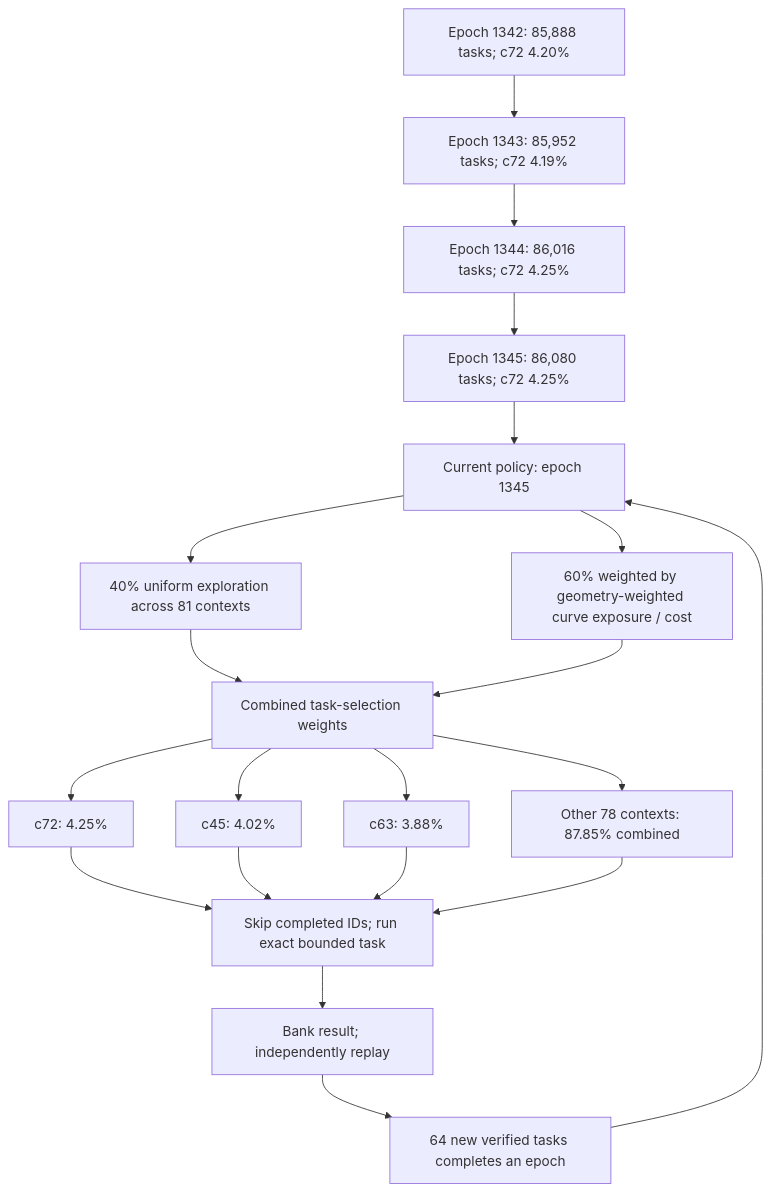
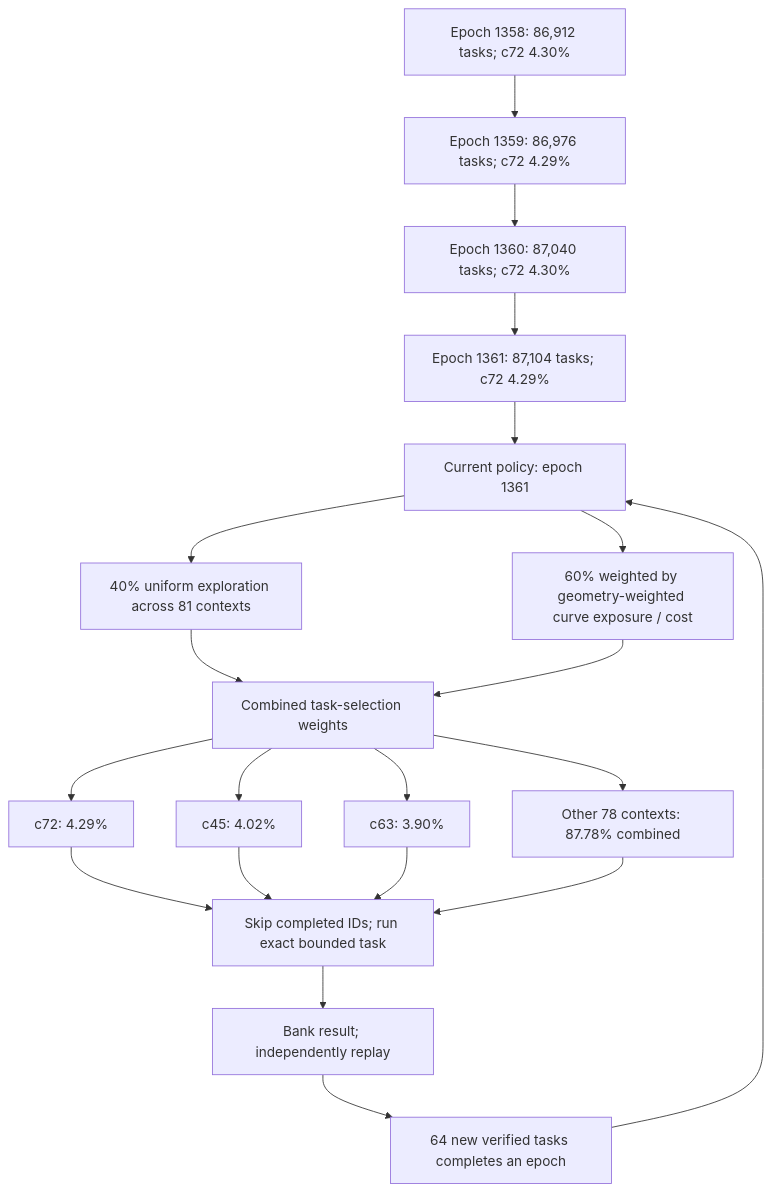
One commit to Kuberwastaken/math-gambling changed the first of 3 diagrams in README.md. Above: the diagram before and after it, drawn with Mermaid. The commit also changed other lines of this file and 2150 other files, not shown here.

````diff
--- a/README.md
+++ b/README.md
@@ -56,27 +56,27 @@
 ```mermaid
 flowchart TD
-    H0["Epoch 1342: 85,888 tasks; c72 4.20%"]
-    H1["Epoch 1343: 85,952 tasks; c72 4.19%"]
+    H0["Epoch 1358: 86,912 tasks; c72 4.30%"]
+    H1["Epoch 1359: 86,976 tasks; c72 4.29%"]
     H0 --> H1
-    H2["Epoch 1344: 86,016 tasks; c72 4.25%"]
+    H2["Epoch 1360: 87,040 tasks; c72 4.30%"]
     H1 --> H2
-    H3["Epoch 1345: 86,080 tasks; c72 4.25%"]
+    H3["Epoch 1361: 87,104 tasks; c72 4.29%"]
     H2 --> H3
-    Policy["Current policy: epoch 1345"]
+    Policy["Current policy: epoch 1361"]
     H3 --> Policy
     Policy --> Explore["40% uniform exploration across 81 contexts"]
     Policy --> Cost["60% weighted by geometry-weighted curve exposure / cost"]
     Explore --> Mix["Combined task-selection weights"]
     Cost --> Mix
-    Mix --> C0["c72: 4.25%"]
+    Mix --> C0["c72: 4.29%"]
     Mix --> C1["c45: 4.02%"]
-    Mix --> C2["c63: 3.88%"]
-    Mix --> Rest["Other 78 contexts: 87.85% combined"]
+    Mix --> C2["c63: 3.90%"]
+    Mix --> Rest["Other 78 contexts: 87.78% combined"]
     C0 --> Check["Skip completed IDs; run exact bounded task"]
     C1 --> Check
     C2 --> Check
     Rest --> Check
     Check --> Replay["Bank result; independently replay"]
     Replay --> Gate["64 new verified tasks completes an epoch"]
     Gate --> Policy
 ```
````
